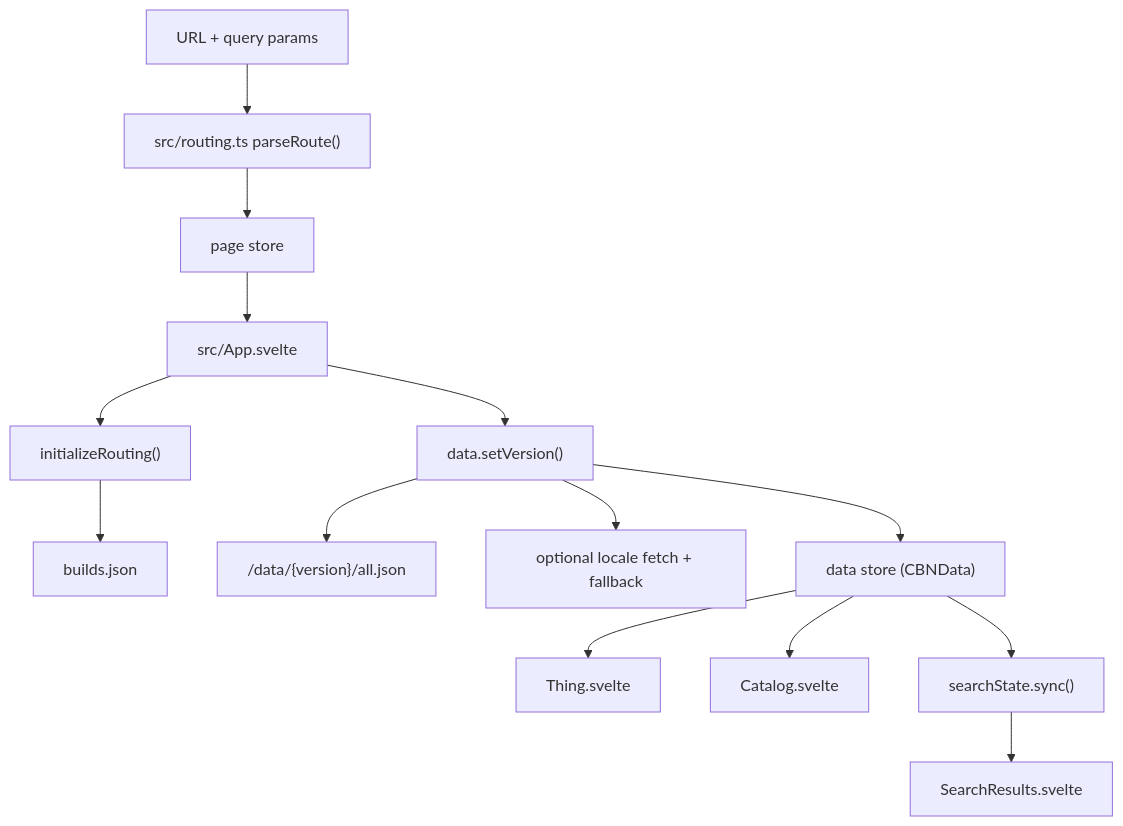
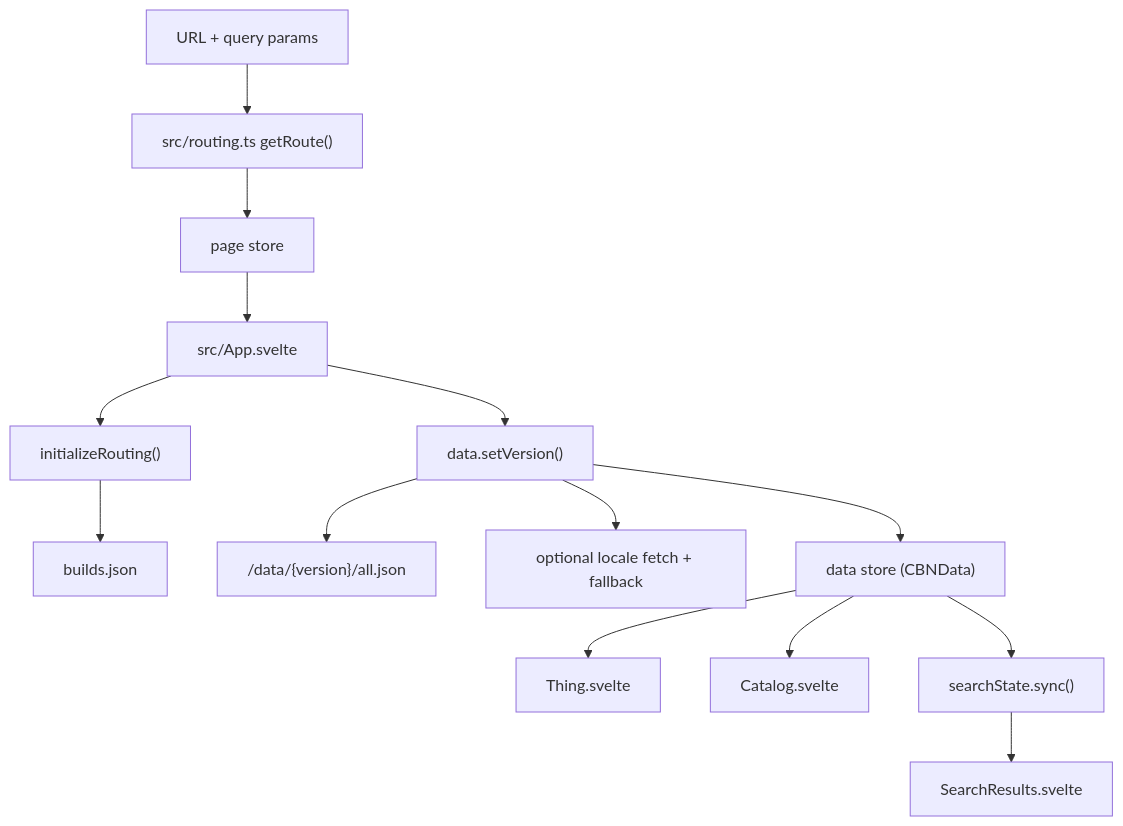
Before and after one commit to ushkinaz/cbn-guide: the diagram in DEVELOPMENT.md, drawn with Mermaid. The commit also changed other lines of this file and 11 other files, not shown here.

````diff
--- a/DEVELOPMENT.md
+++ b/DEVELOPMENT.md
@@ -84,16 +84,16 @@
 ```mermaid
 flowchart TD
-    URL["URL + query params"] --> Routing["src/routing.ts parseRoute()"]
+    URL["URL + query params"] --> Routing["src/routing.ts getRoute()"]
     Routing --> PageStore["page store"]
     PageStore --> App["src/App.svelte"]
     App --> Init["initializeRouting()"]
     Init --> Builds["builds.json"]
     App --> DataSet["data.setVersion()"]
     DataSet --> AllJson["/data/{version}/all.json"]
     DataSet --> I18n["optional locale fetch + fallback"]
     DataSet --> DataStore["data store (CBNData)"]
     DataStore --> Thing["Thing.svelte"]
     DataStore --> Catalog["Catalog.svelte"]
     DataStore --> Search["searchState.sync()"]
     Search --> Results["SearchResults.svelte"]
 ```
````
